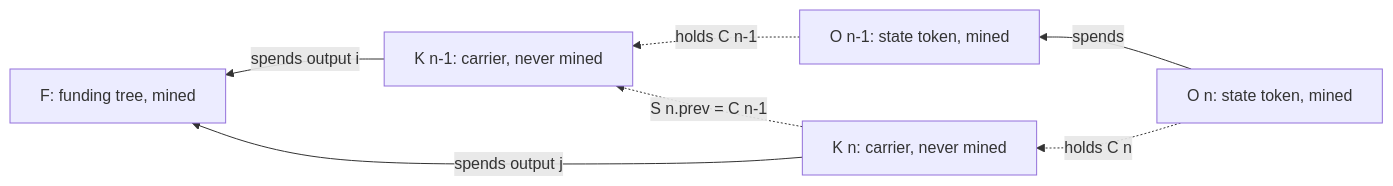
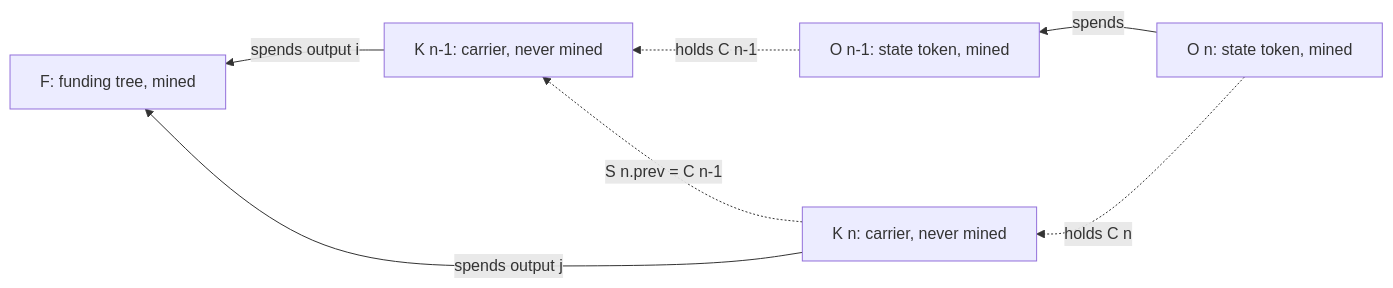
The first of 2 diagrams in docs/committed-record.md (lightwebinc/bfinger), drawn with Mermaid before and after one commit. The commit also changed other lines of this file and 9 other files, not shown here.

First line of the commit message:
[Fix] diagrams: a spacer where the viewer's controls land

````diff
--- a/docs/committed-record.md
+++ b/docs/committed-record.md
@@ -35,14 +35,19 @@
 ```mermaid
 flowchart RL
   F["F: funding tree, mined"]
   K1["K n-1: carrier, never mined"]
   K2["K n: carrier, never mined"]
   O1["O n-1: state token, mined"]
   O2["O n: state token, mined"]
   K1 -->|"spends output i"| F
   K2 -->|"spends output j"| F
   O2 -->|"spends"| O1
   O1 -.->|"holds C n-1"| K1
   O2 -.->|"holds C n"| K2
   K2 -.->|"S n.prev = C n-1"| K1
+  %% The last node is an invisible spacer in the rightmost rank: the rendered
+  %% viewer places its zoom and pan controls over the bottom-right corner.
+  pad ~~~ O1
+  pad["&nbsp;<br/>&nbsp;<br/>&nbsp;<br/>&nbsp;<br/>&nbsp;"]:::pad
+  classDef pad fill:none,stroke:none,color:transparent
 ```
````
